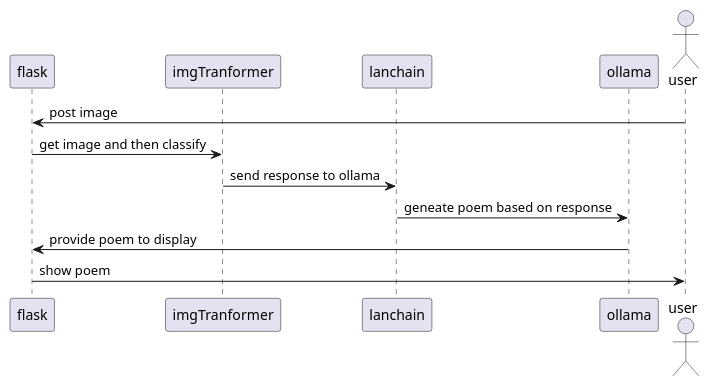
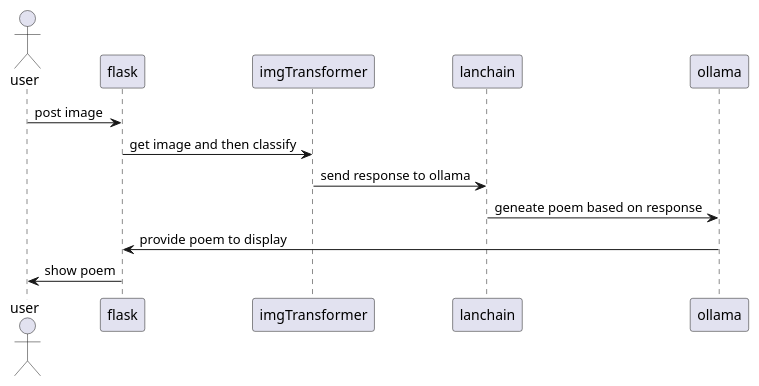
Before and after one commit to ledikari/thousand_poems: the diagram in thousand_poems/docs/uml.plantuml, drawn with PlantUML. The commit also changed 1 other file, not shown here.

Commit message:
updaeed flask to handle user mistake of double loading post, added plantUML for documentation

```diff
--- a/thousand_poems/docs/uml.plantuml
+++ b/thousand_poems/docs/uml.plantuml
@@ -1,14 +1,15 @@
 @startuml
+actor user as u
 participant flask as w
-participant imgTranformer as img
+participant imgTransformer as img
 participant lanchain as lo
 participant ollama as o
-actor user as u
+
 
 u -> w: post image
 w -> img: get image and then classify
 img -> lo: send response to ollama
 lo -> o: geneate poem based on response
 o -> w: provide poem to display
 w -> u: show poem
 @enduml
```
